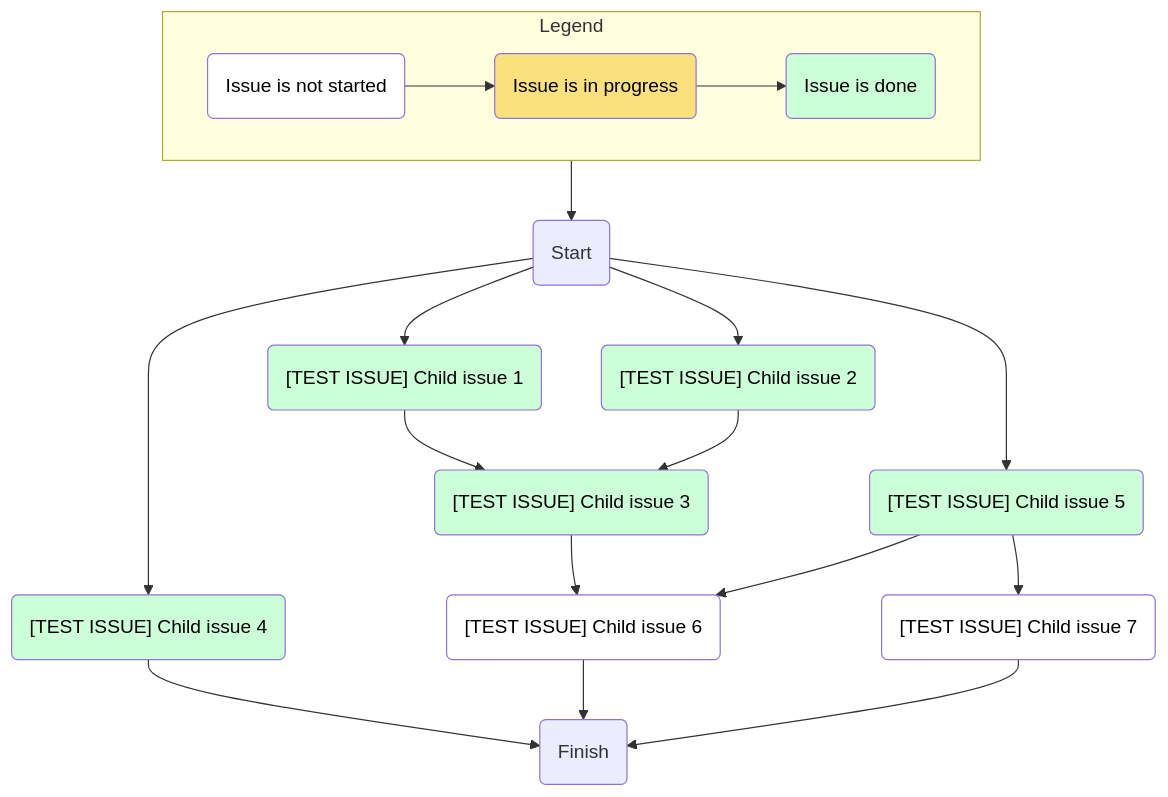
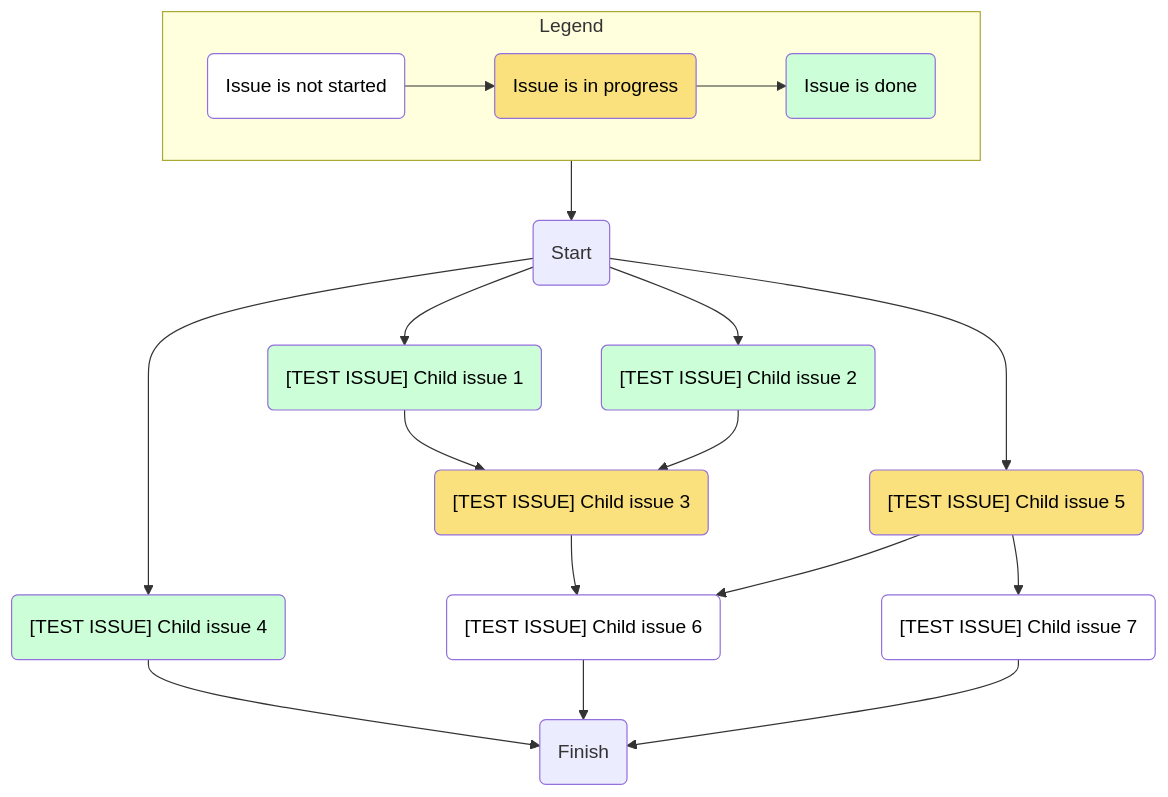
The diagram in README.md (maxim-lobanov/build-issue-dependencies-graph), drawn with Mermaid before and after one commit.

````diff
--- a/README.md
+++ b/README.md
@@ -133,73 +133,73 @@
 ```mermaid
 flowchart TD
 
 %% <Legend>
 legend --> start
 subgraph legend["Legend"]
     direction LR;
     notstarted("Issue is not started"):::notstarted;
     started("Issue is in progress"):::started;
     completed("Issue is done"):::completed;
     notstarted --> started --> completed;
 end
 
 %% </Legend>
 
 
 %% <CSS>
 
 classDef notstarted fill:#FFF,color:#000;
 classDef started fill:#fae17d,color:#000;
 classDef completed fill:#ccffd8,color:#000;
 
 %% </CSS>
 
 
 %% <Issues>
 
 start("Start"):::default;
 
 issue1488484564("[TEST ISSUE] Child issue 1"):::completed;
 click issue1488484564 href "https://github.com/maxim-lobanov/build-issue-dependencies-graph/issues/2" _blank;
 
 issue1488484695("[TEST ISSUE] Child issue 2"):::completed;
 click issue1488484695 href "https://github.com/maxim-lobanov/build-issue-dependencies-graph/issues/3" _blank;
 
-issue1488484833("[TEST ISSUE] Child issue 3"):::completed;
+issue1488484833("[TEST ISSUE] Child issue 3"):::started;
 click issue1488484833 href "https://github.com/maxim-lobanov/build-issue-dependencies-graph/issues/4" _blank;
 
 issue1524488391("[TEST ISSUE] Child issue 4"):::completed;
 click issue1524488391 href "https://github.com/maxim-lobanov/build-issue-dependencies-graph/issues/5" _blank;
 
-issue1524488450("[TEST ISSUE] Child issue 5"):::completed;
+issue1524488450("[TEST ISSUE] Child issue 5"):::started;
 click issue1524488450 href "https://github.com/maxim-lobanov/build-issue-dependencies-graph/issues/6" _blank;
 
 issue1524488472("[TEST ISSUE] Child issue 6"):::notstarted;
 click issue1524488472 href "https://github.com/maxim-lobanov/build-issue-dependencies-graph/issues/7" _blank;
 
 issue1524488513("[TEST ISSUE] Child issue 7"):::notstarted;
 click issue1524488513 href "https://github.com/maxim-lobanov/build-issue-dependencies-graph/issues/8" _blank;
 
 finish("Finish"):::default;
 
 %% </Issues>
 
 
 %% <Dependencies>
 
 start --> issue1488484564;
 start --> issue1488484695;
 start --> issue1524488391;
 start --> issue1524488450;
 issue1488484564 --> issue1488484833;
 issue1488484695 --> issue1488484833;
 issue1488484833 --> issue1524488472;
 issue1524488450 --> issue1524488472;
 issue1524488450 --> issue1524488513;
 issue1524488391 --> finish;
 issue1524488472 --> finish;
 issue1524488513 --> finish;
 
 %% </Dependencies>
 
 ```
````
